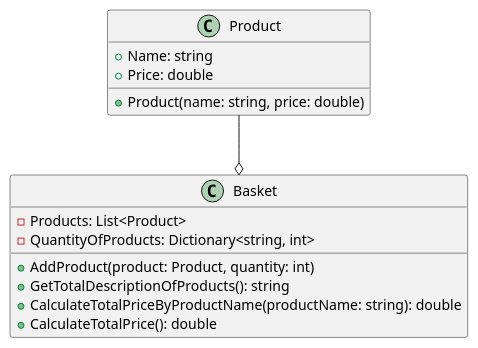
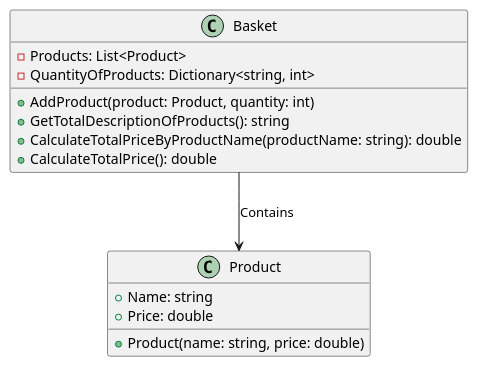
One commit to maksimkayun/SOLID changed the diagram in SingleResponsibility/classDiagram.puml. Above: the diagram before and after it, drawn with PlantUML.

Commit message:
change type of link to association

```diff
--- a/SingleResponsibility/classDiagram.puml
+++ b/SingleResponsibility/classDiagram.puml
@@ -1,22 +1,23 @@
 @startuml
 
 class Product {
   + Name: string
   + Price: double
 
   + Product(name: string, price: double)
 }
 
 class Basket {
   - Products: List<Product>
   - QuantityOfProducts: Dictionary<string, int>
 
   + AddProduct(product: Product, quantity: int)
   + GetTotalDescriptionOfProducts(): string
   + CalculateTotalPriceByProductName(productName: string): double
   + CalculateTotalPrice(): double
 }
 
-Product --o Basket
+'ассоциация
+Basket --> Product : Contains
 
 @enduml
```
